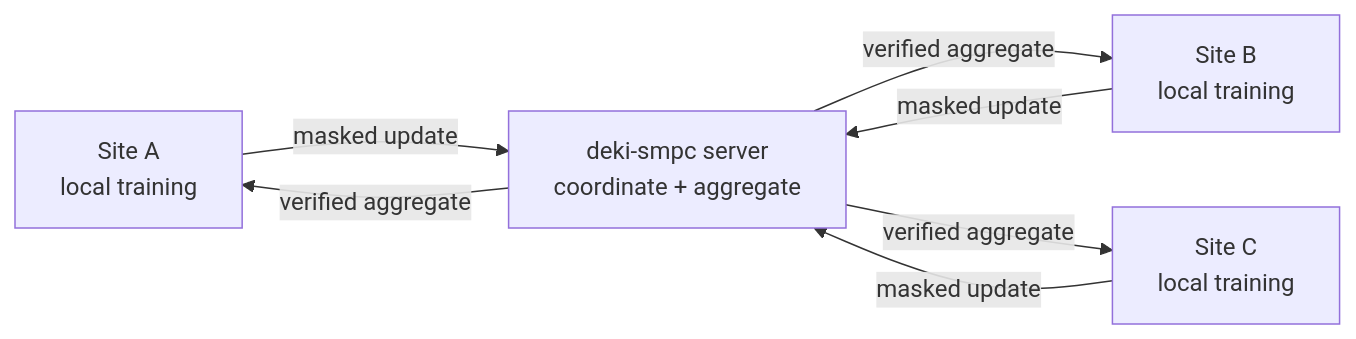
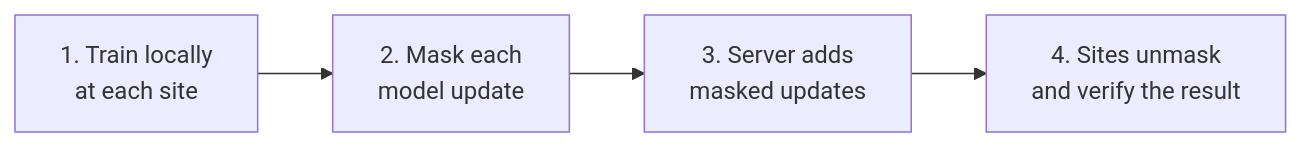
One commit to MIC-DKFZ/deki-smpc changed the diagram in README.md. Above: the diagram before and after it, drawn with Mermaid. The commit also changed other lines of this file and 25 other files, not shown here.

````diff
--- a/README.md
+++ b/README.md
@@ -47,10 +47,6 @@
 ```mermaid
 flowchart LR
-    A[Site A<br/>local training] -->|masked update| S
-    B[Site B<br/>local training] -->|masked update| S
-    C[Site C<br/>local training] -->|masked update| S
-    S[deki-smpc server<br/>coordinate + aggregate]
-    S -->|verified aggregate| A
-    S -->|verified aggregate| B
-    S -->|verified aggregate| C
+    A["1. Train locally<br/>at each site"] --> B["2. Mask each<br/>model update"]
+    B --> C["3. Server adds<br/>masked updates"]
+    C --> D["4. Sites unmask<br/>and verify the result"]
 ```
````
